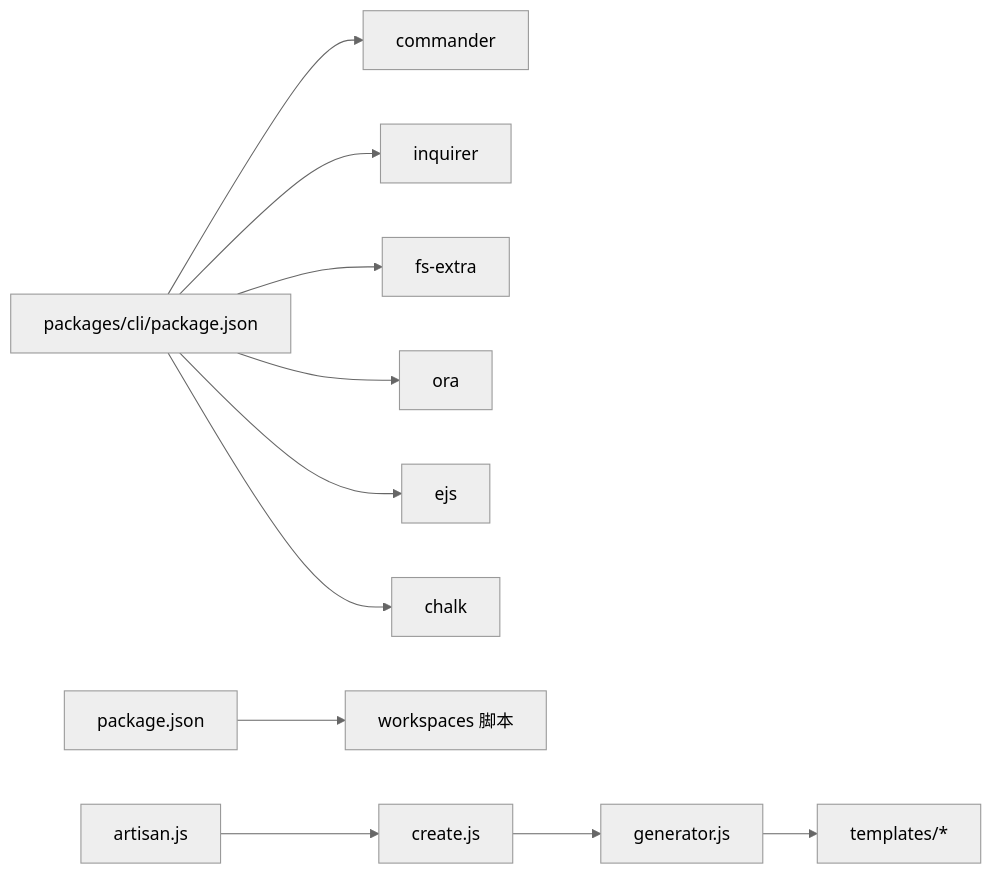
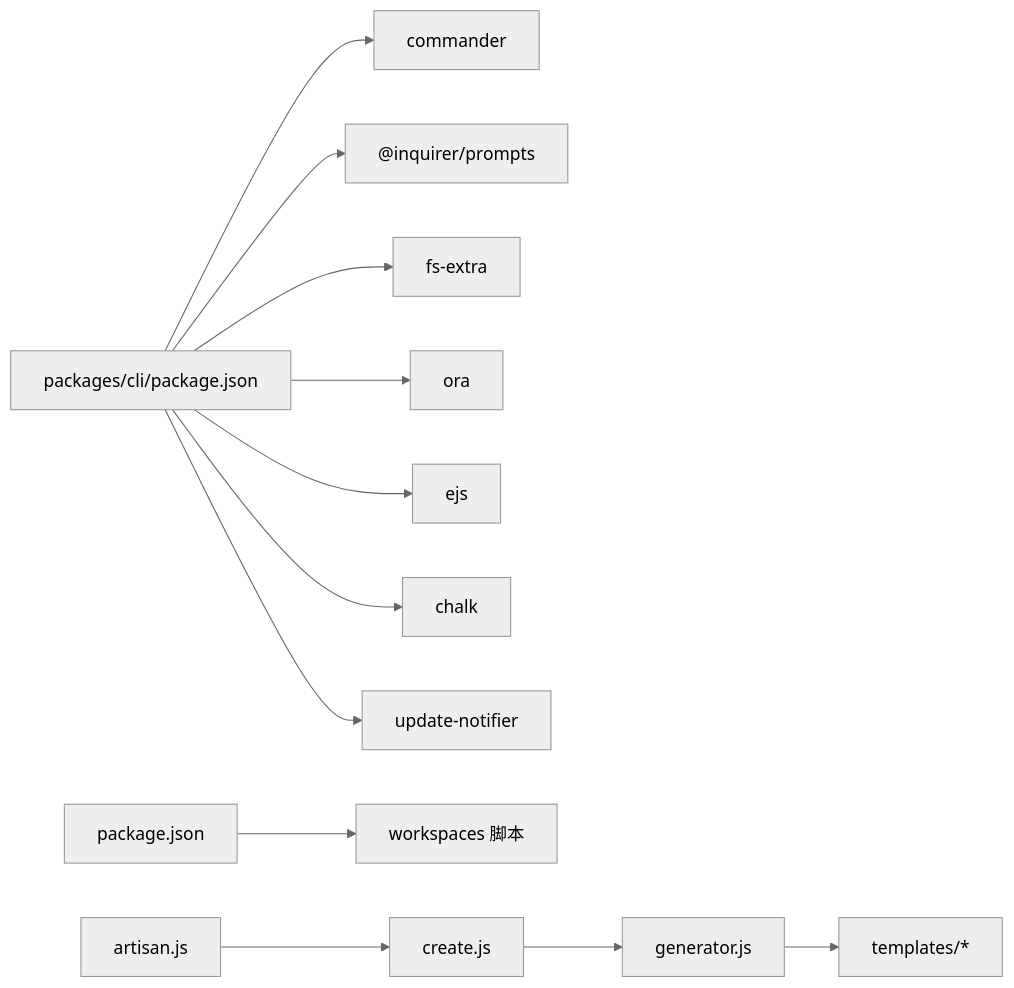
Before and after one commit to my-Sitara/artisan-base-frontend: the fifth of 5 diagrams in .qoder/repowiki/zh/content/CLI工具链.md, drawn with Mermaid (neutral theme). The commit also changed other lines of this file and 25 other files, not shown here.

````diff
--- a/.qoder/repowiki/zh/content/CLI工具链.md
+++ b/.qoder/repowiki/zh/content/CLI工具链.md
@@ -215,13 +233,14 @@
 ```mermaid
 graph LR
 P["packages/cli/package.json"] --> CMDR["commander"]
-P --> IQ["inquirer"]
+P --> IQ["@inquirer/prompts"]
 P --> FSE["fs-extra"]
 P --> ORA["ora"]
 P --> EJS["ejs"]
 P --> CHK["chalk"]
+P --> UN["update-notifier"]
 R["package.json"] --> WS["workspaces 脚本"]
 CLI["artisan.js"] --> CREATE["create.js"]
 CREATE --> GEN["generator.js"]
 GEN --> TPL["templates/*"]
 ```
````
